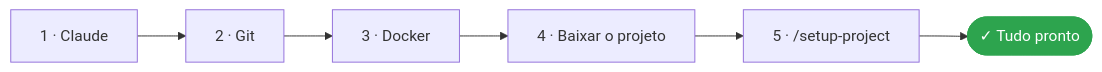
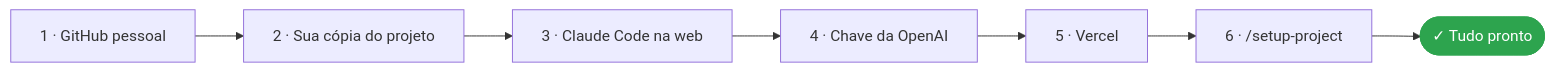
The first of 2 diagrams in PREREQUISITES.md (Blueydata/ai-dev-foundation), drawn with Mermaid before and after one commit. The commit also changed other lines of this file and 11 other files, not shown here.

````diff
--- a/PREREQUISITES.md
+++ b/PREREQUISITES.md
@@ -10,5 +10,5 @@
 ```mermaid
 flowchart LR
-    A["1 · Claude"] --> B["2 · Git"] --> C["3 · Docker"] --> D["4 · Baixar o projeto"] --> E["5 · /setup-project"] --> F(["✓ Tudo pronto"])
-    style F fill:#2da44e,color:#fff,stroke:#2da44e
+    A["1 · GitHub pessoal"] --> B["2 · Sua cópia do projeto"] --> C["3 · Claude Code na web"] --> D["4 · Chave da OpenAI"] --> E["5 · Vercel"] --> F["6 · /setup-project"] --> G(["✓ Tudo pronto"])
+    style G fill:#2da44e,color:#fff,stroke:#2da44e
 ```
````
